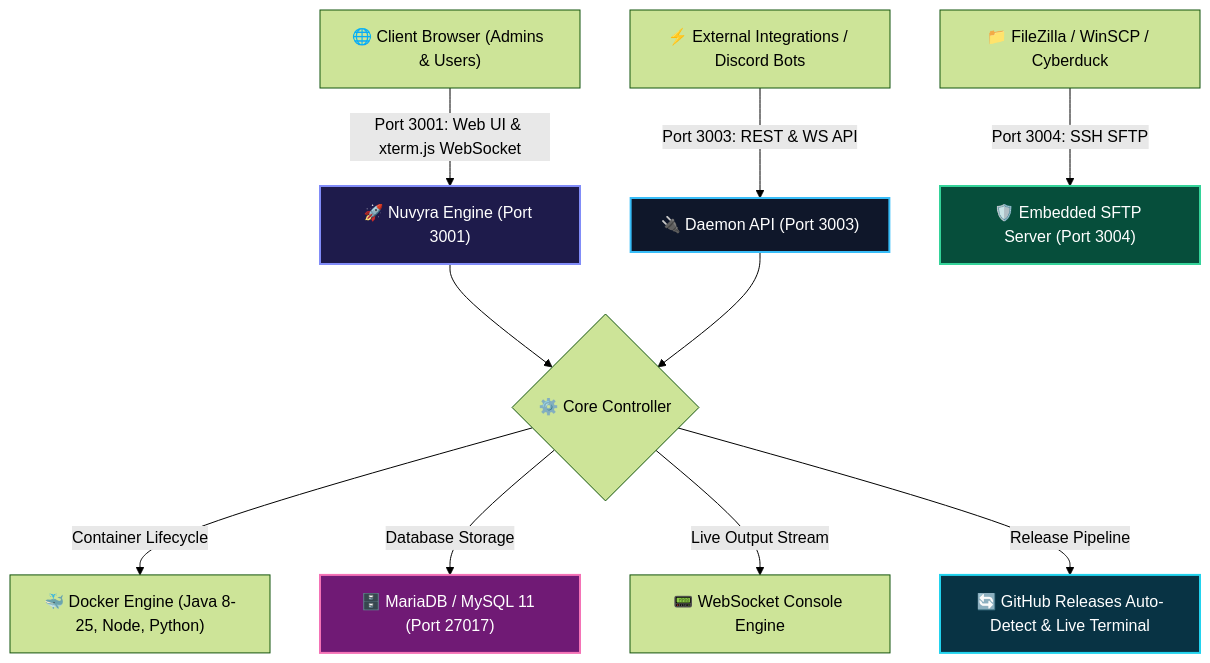
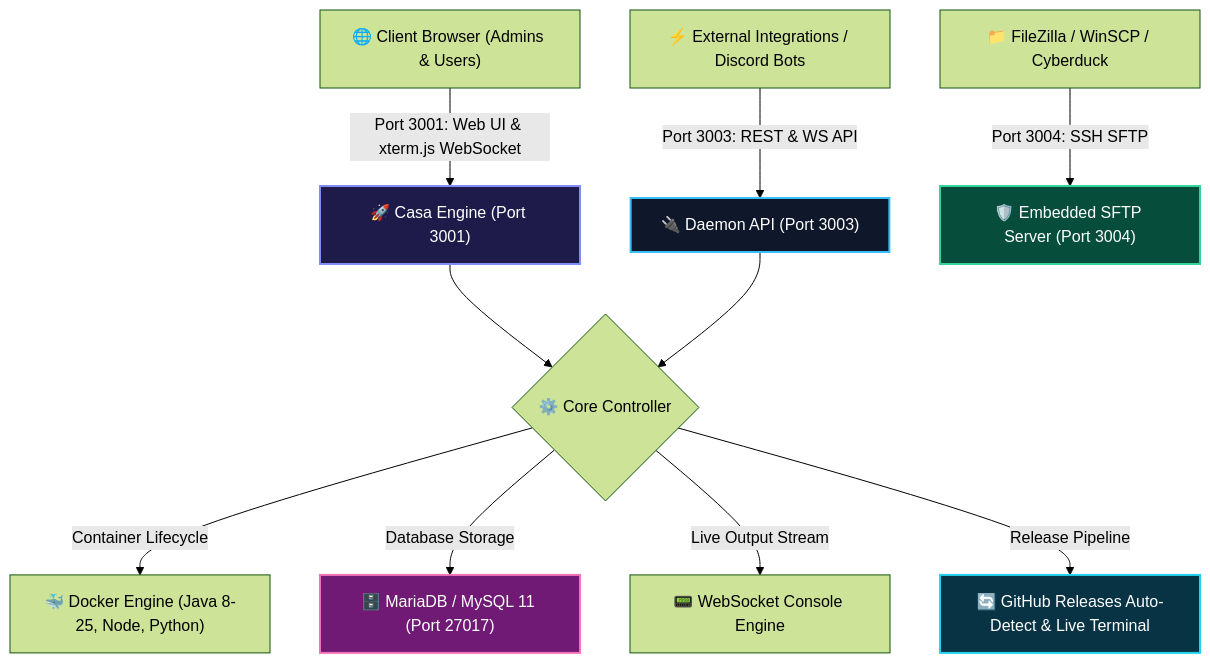
One commit to Walksys/Dashboard-Nuvyra changed the diagram in README.md. Above: the diagram before and after it, drawn with Mermaid (forest theme). The commit also changed other lines of this file and 69 other files, not shown here.

````diff
--- a/README.md
+++ b/README.md
@@ -46,20 +46,20 @@
 ```mermaid
 graph TD
-    Client["🌐 Client Browser (Admins & Users)"] -->|Port 3001: Web UI & xterm.js WebSocket| Gateway["🚀 Nuvyra Engine (Port 3001)"]
+    Client["🌐 Client Browser (Admins & Users)"] -->|Port 3001: Web UI & xterm.js WebSocket| Gateway["🚀 Casa Engine (Port 3001)"]
     External["⚡ External Integrations / Discord Bots"] -->|Port 3003: REST & WS API| GatewayAPI["🔌 Daemon API (Port 3003)"]
     FTPClient["📁 FileZilla / WinSCP / Cyberduck"] -->|Port 3004: SSH SFTP| SFTP["🛡️ Embedded SFTP Server (Port 3004)"]
 
     Gateway --> EngineCore{"⚙️ Core Controller"}
     GatewayAPI --> EngineCore
 
     EngineCore -->|Container Lifecycle| Docker["🐳 Docker Engine (Java 8-25, Node, Python)"]
     EngineCore -->|Database Storage| MariaDB["🗄️ MariaDB / MySQL 11 (Port 27017)"]
     EngineCore -->|Live Output Stream| WSConsole["📟 WebSocket Console Engine"]
     EngineCore -->|Release Pipeline| AutoUpdater["🔄 GitHub Releases Auto-Detect & Live Terminal"]
 
     style Gateway fill:#1e1b4b,stroke:#818cf8,stroke-width:2px,color:#fff
     style GatewayAPI fill:#0f172a,stroke:#38bdf8,stroke-width:2px,color:#fff
     style SFTP fill:#064e3b,stroke:#34d399,stroke-width:2px,color:#fff
     style MariaDB fill:#701a75,stroke:#f472b6,stroke-width:2px,color:#fff
     style AutoUpdater fill:#083344,stroke:#22d3ee,stroke-width:2px,color:#fff
 ```
````
